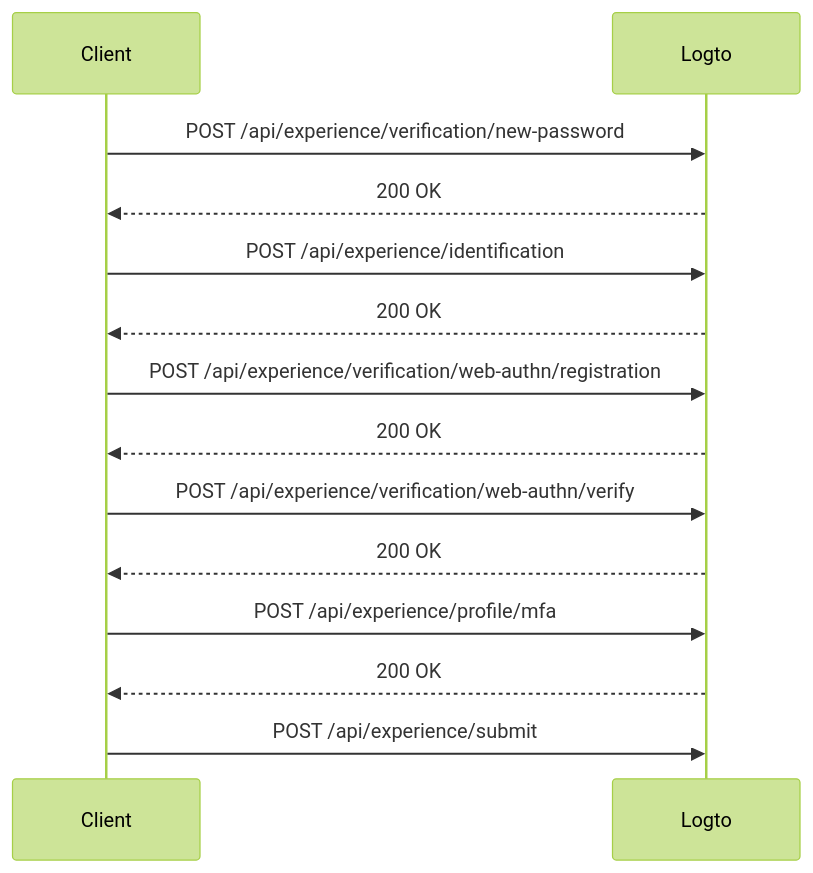
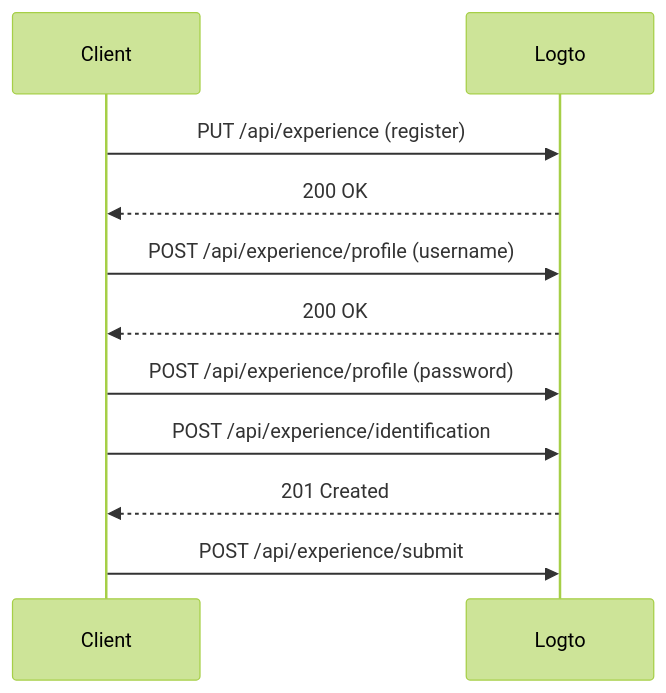
Diagram 18 of 22 in draft/0004-experience-api.md (logto-io/rfcs), drawn with Mermaid (forest theme) before and after one commit. The commit also changed other lines of this file, not shown here.

First line of the commit message:
refactor: update experience API rfc

````diff
--- a/draft/0004-experience-api.md
+++ b/draft/0004-experience-api.md
@@ -869,17 +948,14 @@
 ```mermaid
 sequenceDiagram
     participant C as Client
     participant L as Logto
 
-    C->>L: POST /api/experience/verification/new-password
+    C->>L: PUT /api/experience (register)
     L-->>C: 200 OK
+    C->>L: POST /api/experience/profile (username)
+    L-->>C: 200 OK
+    C->>L: POST /api/experience/profile (password)
     C->>L: POST /api/experience/identification
-    L-->>C: 200 OK
-    C->>L: POST /api/experience/verification/web-authn/registration
-    L-->>C: 200 OK
-    C->>L: POST /api/experience/verification/web-authn/verify
-    L-->>C: 200 OK
-    C->>L: POST /api/experience/profile/mfa
-    L-->>C: 200 OK
+    L-->>C: 201 Created
     C->>L: POST /api/experience/submit
 ```
````
